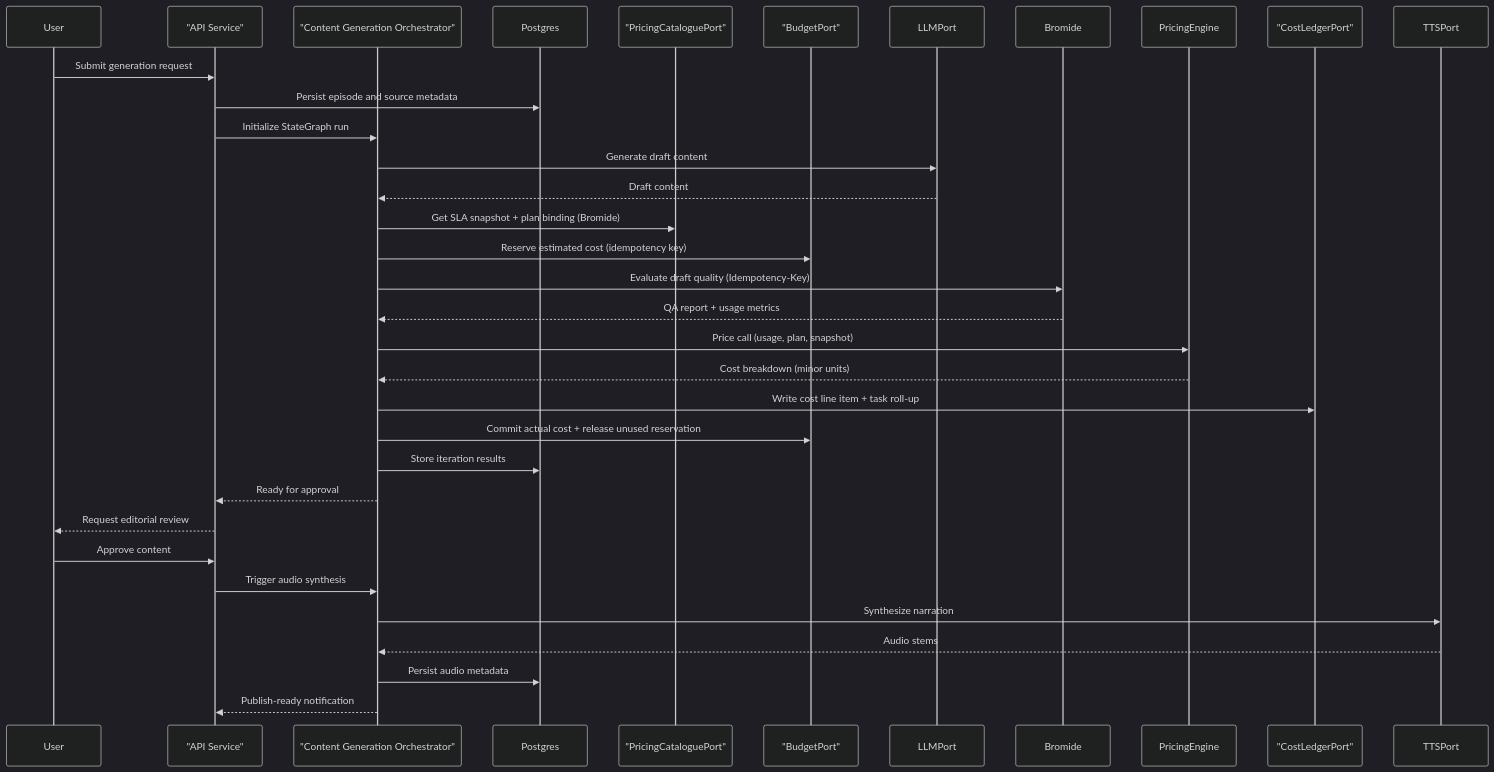
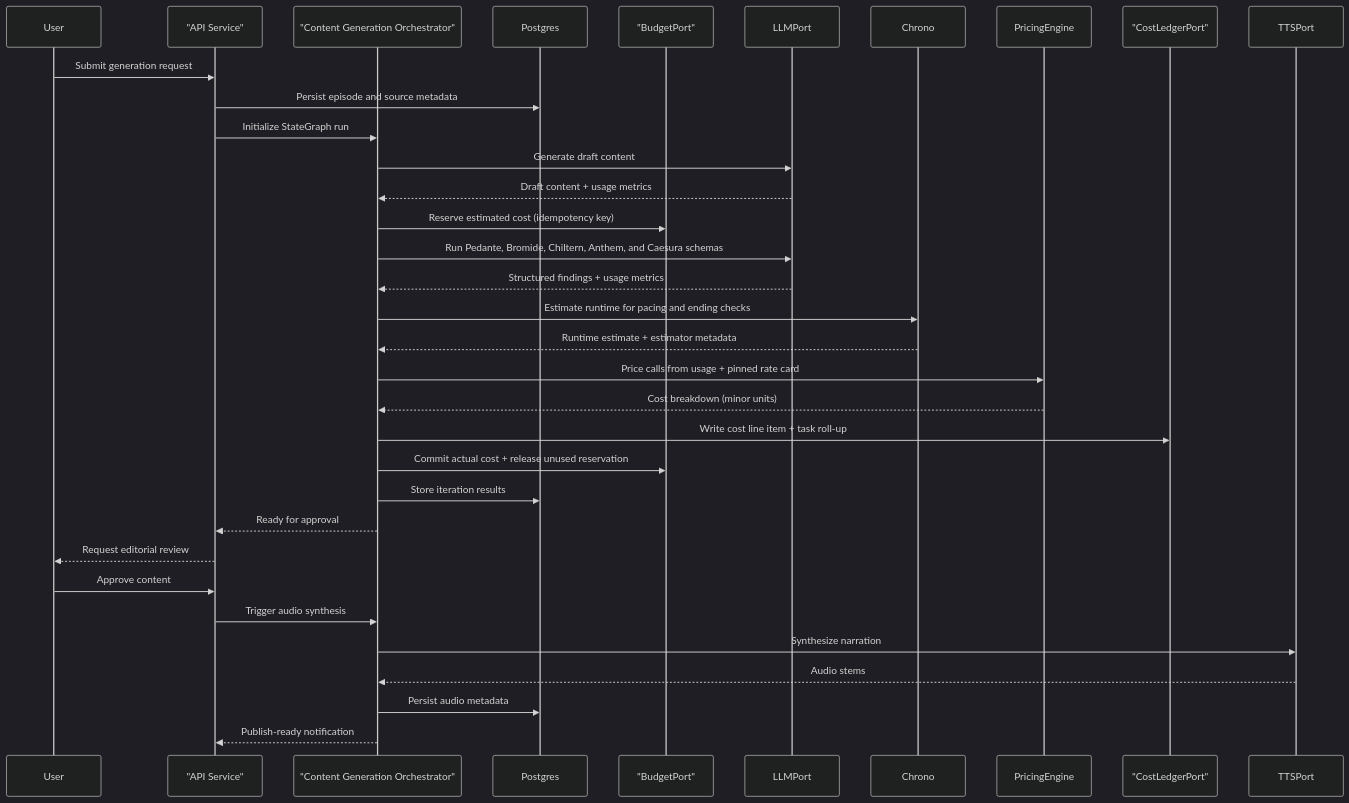
The fourth of 13 diagrams in docs/episodic-podcast-generation-system-design.md (leynos/episodic), drawn with Mermaid (dark theme) before and after one commit. The commit also changed other lines of this file and 4 other files, not shown here.

First line of the commit message:
Docs: Episodic TUI API design and roadmap normalization (#51)

````diff
--- a/docs/episodic-podcast-generation-system-design.md
+++ b/docs/episodic-podcast-generation-system-design.md
@@ -493,36 +518,36 @@
 ```mermaid
 sequenceDiagram
     participant User
     participant API as "API Service"
     participant Orchestrator as "Content Generation Orchestrator"
     participant Postgres
-    participant PricingCatalogue as "PricingCataloguePort"
     participant Budget as "BudgetPort"
     participant LLMPort
-    participant Bromide
+    participant Chrono
     participant PricingEngine
     participant CostLedger as "CostLedgerPort"
     participant TTSPort
     User ->> API : Submit generation request
     API ->> Postgres : Persist episode and source metadata
     API ->> Orchestrator : Initialize StateGraph run
     Orchestrator ->> LLMPort : Generate draft content
-    LLMPort -->> Orchestrator : Draft content
-    Orchestrator ->> PricingCatalogue : Get SLA snapshot + plan binding (Bromide)
+    LLMPort -->> Orchestrator : Draft content + usage metrics
     Orchestrator ->> Budget : Reserve estimated cost (idempotency key)
-    Orchestrator ->> Bromide : Evaluate draft quality (Idempotency-Key)
-    Bromide -->> Orchestrator : QA report + usage metrics
-    Orchestrator ->> PricingEngine : Price call (usage, plan, snapshot)
+    Orchestrator ->> LLMPort : Run Pedante, Bromide, Chiltern, Anthem, and Caesura schemas
+    LLMPort -->> Orchestrator : Structured findings + usage metrics
+    Orchestrator ->> Chrono : Estimate runtime for pacing and ending checks
+    Chrono -->> Orchestrator : Runtime estimate + estimator metadata
+    Orchestrator ->> PricingEngine : Price calls from usage + pinned rate card
     PricingEngine -->> Orchestrator : Cost breakdown (minor units)
     Orchestrator ->> CostLedger : Write cost line item + task roll-up
     Orchestrator ->> Budget : Commit actual cost + release unused reservation
     Orchestrator ->> Postgres : Store iteration results
     Orchestrator -->> API : Ready for approval
     API -->> User : Request editorial review
     User ->> API : Approve content
     API ->> Orchestrator : Trigger audio synthesis
     Orchestrator ->> TTSPort : Synthesize narration
     TTSPort -->> Orchestrator : Audio stems
     Orchestrator ->> Postgres : Persist audio metadata
     Orchestrator -->> API : Publish-ready notification
 ```
````
